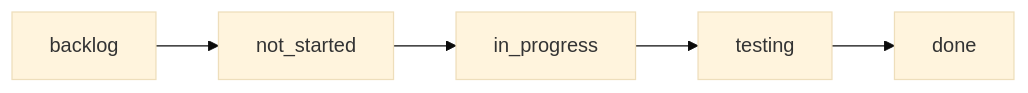
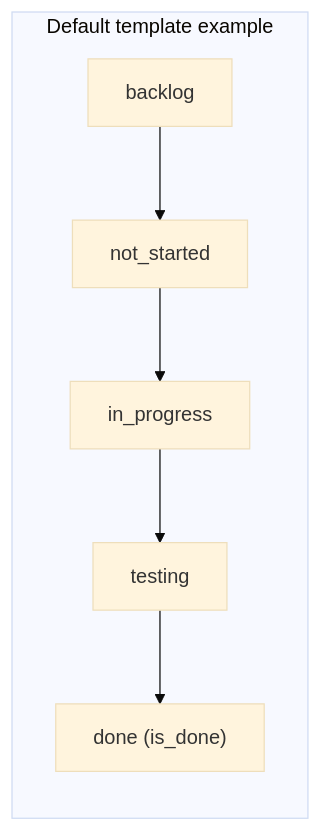
The third of 3 diagrams in docs/diagrams/scrumboy_board_kanban.md (bhardwajRahul/scrumboy), drawn with Mermaid (base theme) before and after one commit. The commit also changed other lines of this file and 6 other files, not shown here.

Commit message:
maximize diagram + additional diagrams

````diff
--- a/docs/diagrams/scrumboy_board_kanban.md
+++ b/docs/diagrams/scrumboy_board_kanban.md
@@ -22,10 +43,11 @@
 ```mermaid
 flowchart LR
-  Backlog[backlog]
-  NotStarted[not_started]
-  InProgress[in_progress]
-  Testing[testing]
-  Done[done]
-
-  Backlog --> NotStarted --> InProgress --> Testing --> Done
+  subgraph example [Default template example]
+    B[backlog]
+    NS[not_started]
+    IP[in_progress]
+    T[testing]
+    D["done (is_done)"]
+    B --> NS --> IP --> T --> D
+  end
 ```
````
